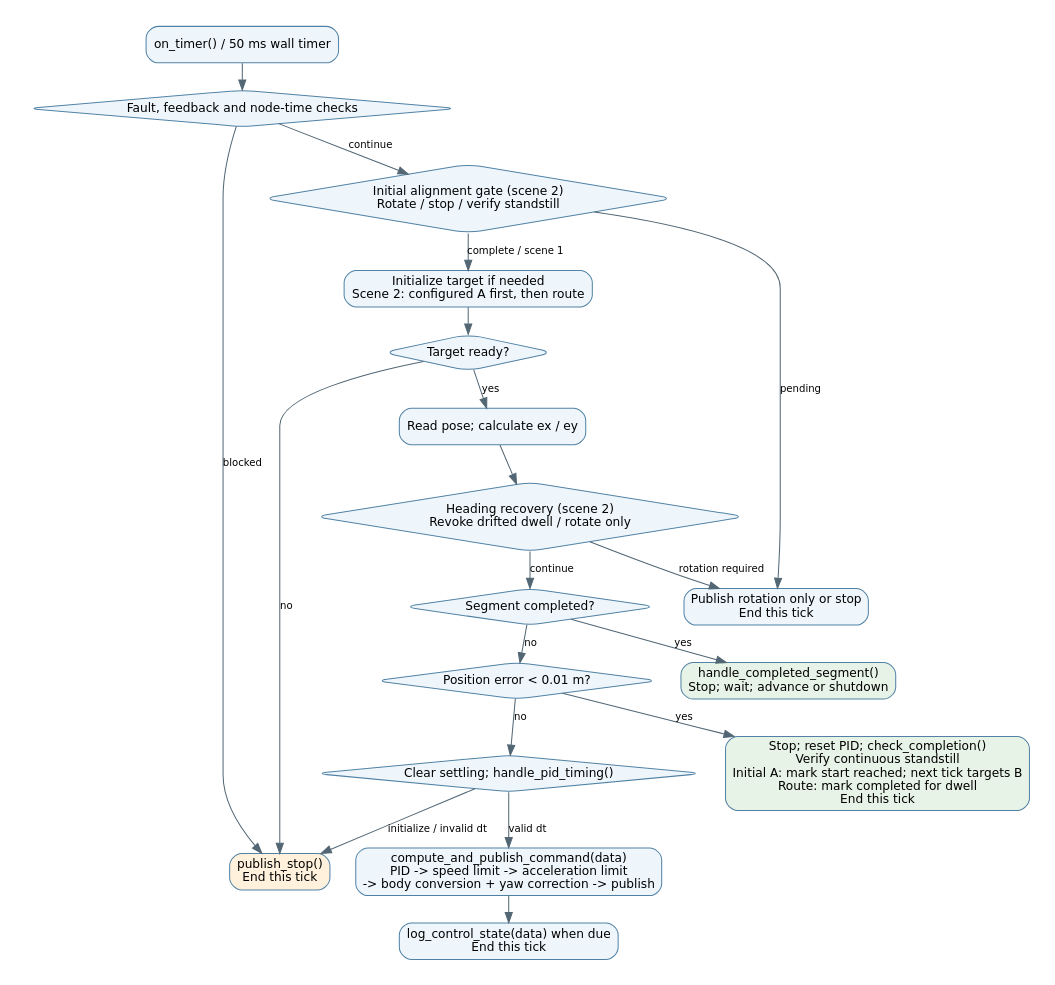
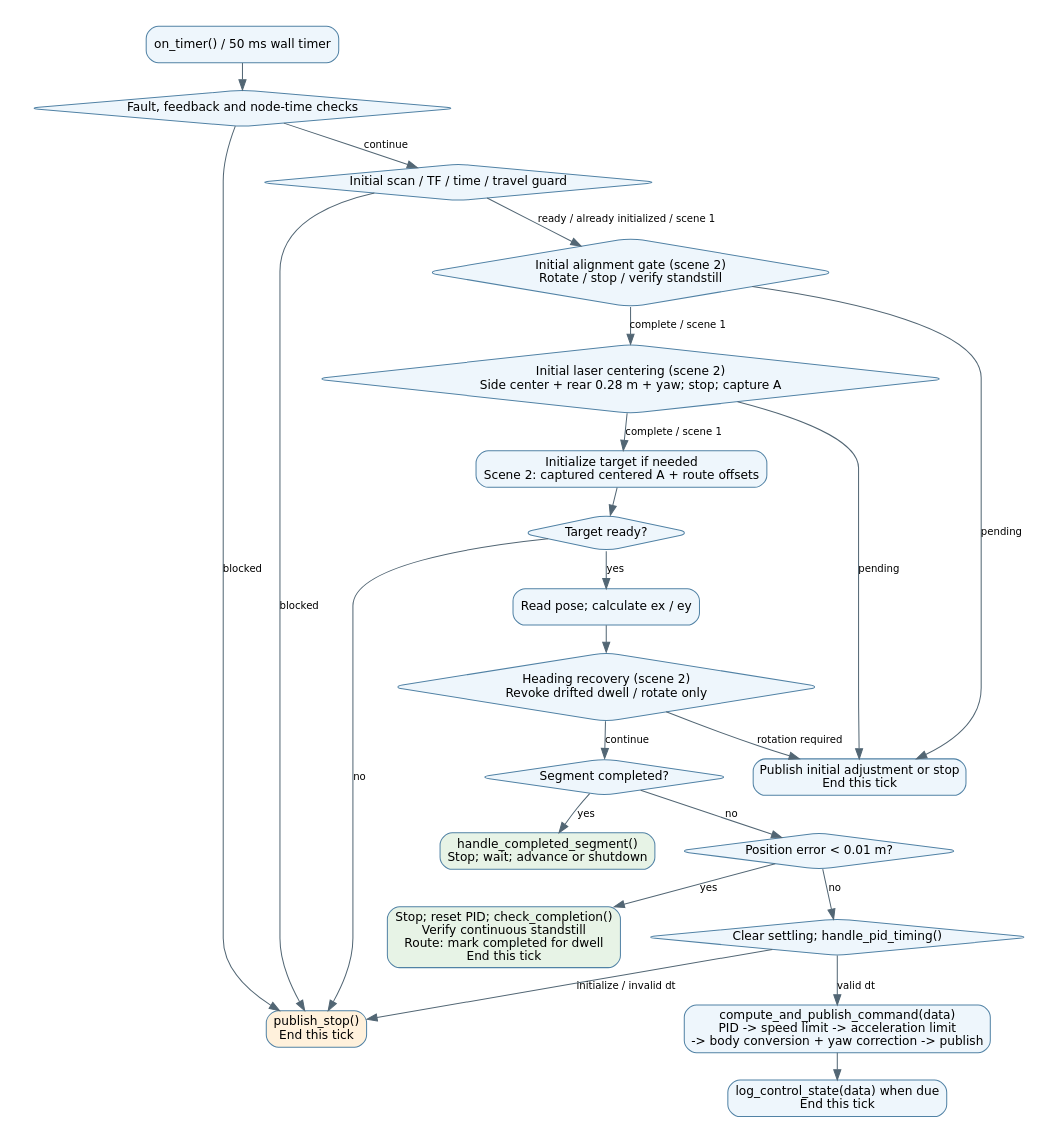
The diagram in docs/diagrams/control_flow.dot (Cooper-Yu/distance_controller), drawn with Graphviz before and after one commit. The commit also changed 9 other files, not shown here.

Commit message:
Initialize Task2 start using side and rear laser distances

```diff
--- a/docs/diagrams/control_flow.dot
+++ b/docs/diagrams/control_flow.dot
@@ -1,39 +1,45 @@
 digraph control {
   graph [rankdir=TB, bgcolor="white", pad="0.25", nodesep="0.3", ranksep="0.35"];
   node [shape=box, style="rounded,filled", fillcolor="#eef6fc", color="#5182a5", fontname="DejaVu Sans", fontsize=12];
   edge [color="#526674", fontname="DejaVu Sans", fontsize=10];
   start [label="on_timer() / 50 ms wall timer"];
   guard [label="Fault, feedback and node-time checks",shape=diamond];
   stop [label="publish_stop()\nEnd this tick",fillcolor="#fff1dc"];
   align [label="Initial alignment gate (scene 2)\nRotate / stop / verify standstill",shape=diamond];
   recover [label="Heading recovery (scene 2)\nRevoke drifted dwell / rotate only",shape=diamond];
-  rotate [label="Publish rotation only or stop\nEnd this tick"];
-  target [label="Initialize target if needed\nScene 2: configured A first, then route"];
+  rotate [label="Publish initial adjustment or stop\nEnd this tick"];
+  target [label="Initialize target if needed\nScene 2: captured centered A + route offsets"];
   valid [label="Target ready?",shape=diamond];
   errors [label="Read pose; calculate ex / ey"];
   done [label="Segment completed?",shape=diamond];
   dwell [label="handle_completed_segment()\nStop; wait; advance or shutdown",fillcolor="#e7f3e6"];
   near [label="Position error < 0.01 m?",shape=diamond];
-  settle [label="Stop; reset PID; check_completion()\nVerify continuous standstill\nInitial A: mark start reached; next tick targets B\nRoute: mark completed for dwell\nEnd this tick",fillcolor="#e7f3e6"];
+  settle [label="Stop; reset PID; check_completion()\nVerify continuous standstill\nRoute: mark completed for dwell\nEnd this tick",fillcolor="#e7f3e6"];
   timing [label="Clear settling; handle_pid_timing()",shape=diamond];
   compute [label="compute_and_publish_command(data)\nPID -> speed limit -> acceleration limit\n-> body conversion + yaw correction -> publish"];
   log [label="log_control_state(data) when due\nEnd this tick"];
   start -> guard;
   guard -> stop [label="blocked"];
-  guard -> align [label="continue"];
+  scan [label="Initial scan / TF / time / travel guard",shape=diamond];
+  center [label="Initial laser centering (scene 2)\nSide center + rear 0.28 m + yaw; stop; capture A",shape=diamond];
+  guard -> scan [label="continue"];
+  scan -> stop [label="blocked"];
+  scan -> align [label="ready / already initialized / scene 1"];
   align -> rotate [label="pending"];
-  align -> target [label="complete / scene 1"];
+  align -> center [label="complete / scene 1"];
+  center -> rotate [label="pending"];
+  center -> target [label="complete / scene 1"];
   target -> valid;
   valid -> stop [label="no"];
   valid -> errors [label="yes"];
   errors -> recover;
   recover -> rotate [label="rotation required"];
   recover -> done [label="continue"];
   done -> dwell [label="yes"];
   done -> near [label="no"];
   near -> settle [label="yes"];
   near -> timing [label="no"];
   timing -> stop [label="initialize / invalid dt"];
   timing -> compute [label="valid dt"];
   compute -> log;
 }
```
